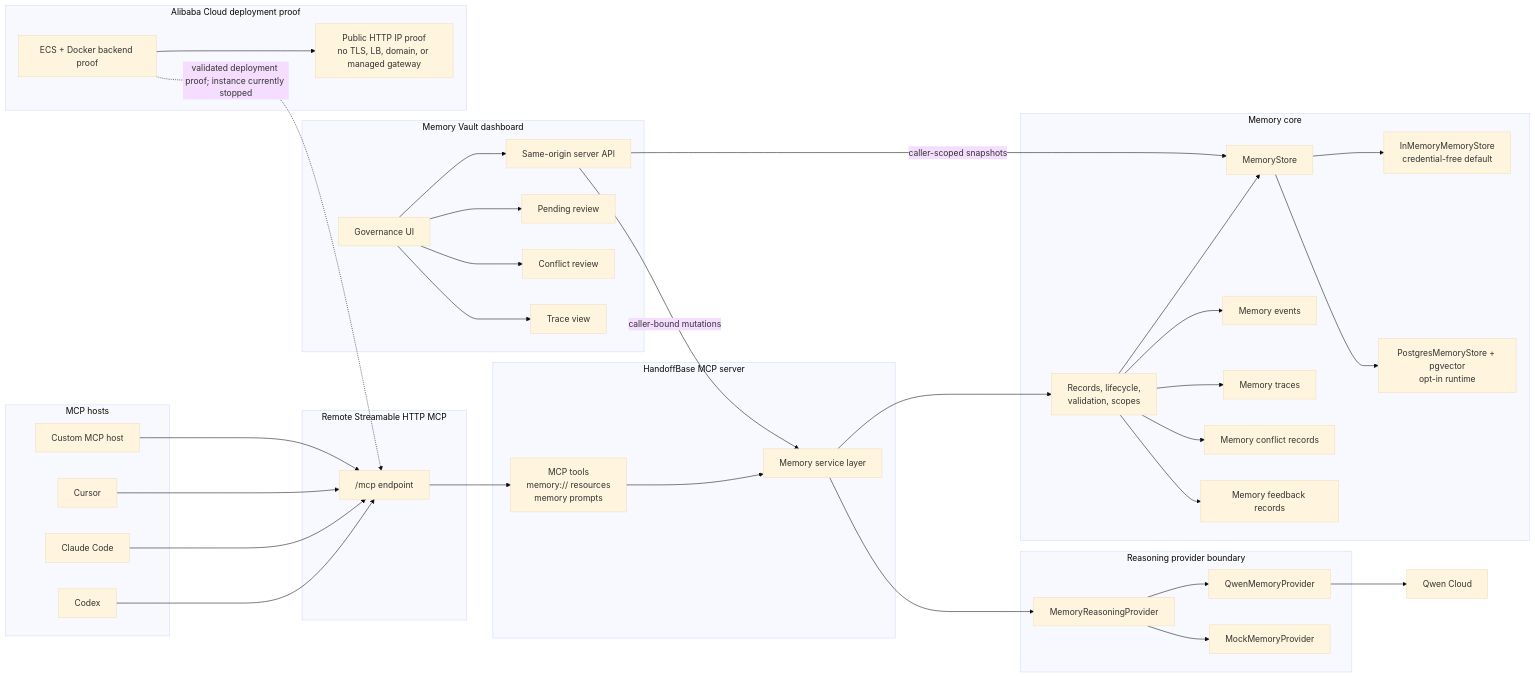
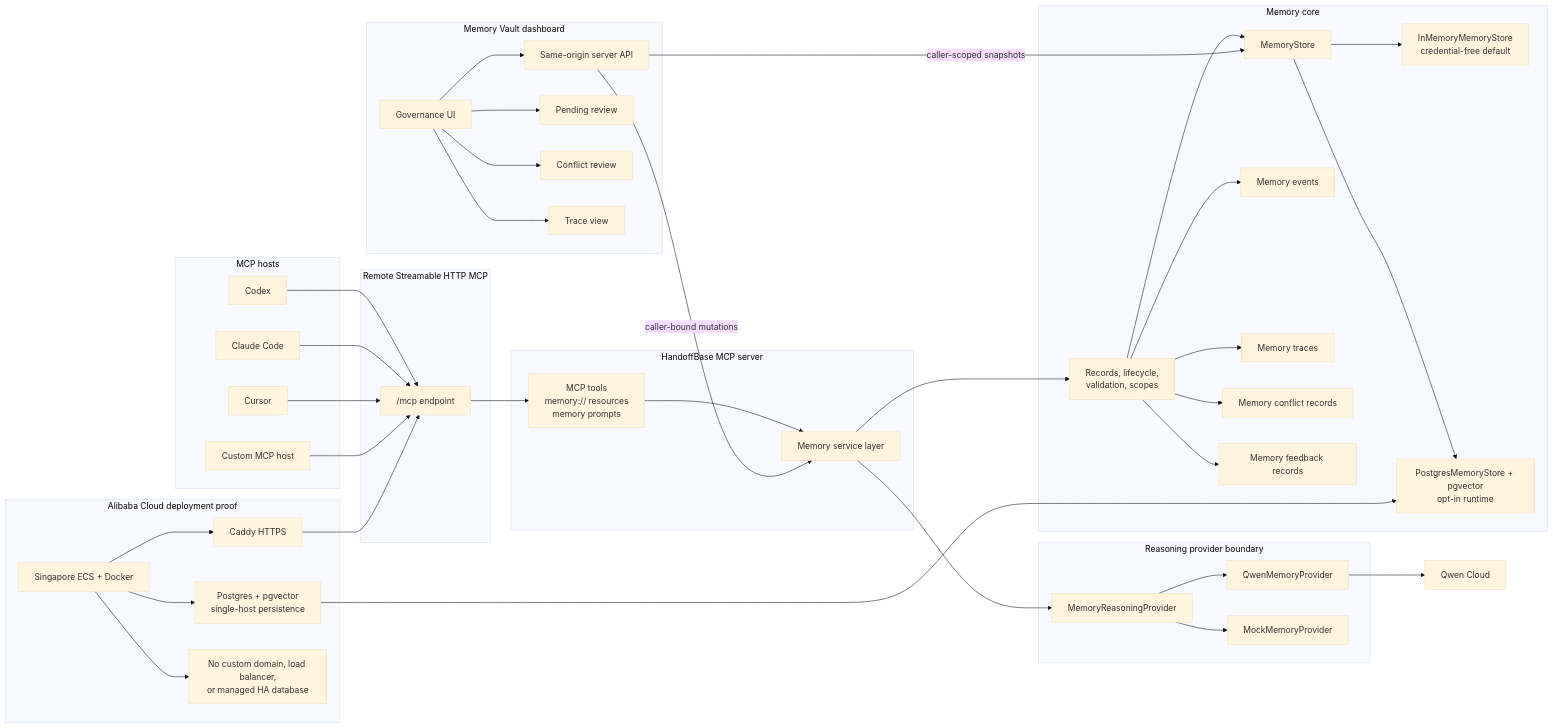
The diagram in docs/submission/architecture-for-devpost.md (jensonChow/handoffbase), drawn with Mermaid (base theme) before and after one commit. The commit also changed other lines of this file and 20 other files, not shown here.

````diff
--- a/docs/submission/architecture-for-devpost.md
+++ b/docs/submission/architecture-for-devpost.md
@@ -59,8 +59,10 @@
   end
 
   subgraph CloudProof["Alibaba Cloud deployment proof"]
-    ECS["ECS + Docker backend proof"]
-    Limits["Public HTTP IP proof<br/>no TLS, LB, domain, or managed gateway"]
+    ECS["Singapore ECS + Docker"]
+    Edge["Caddy HTTPS"]
+    LiveDB["Postgres + pgvector<br/>single-host persistence"]
+    Limits["No custom domain, load balancer,<br/>or managed HA database"]
   end
 
   Codex --> Endpoint
@@ -91,6 +93,9 @@
   Dashboard --> ConflictReview
   Dashboard --> TraceView
 
-  ECS -. "validated deployment proof; instance currently stopped" .-> Endpoint
+  ECS --> Edge
+  Edge --> Endpoint
+  ECS --> LiveDB
+  LiveDB --> Postgres
   ECS --> Limits
 ```
````
